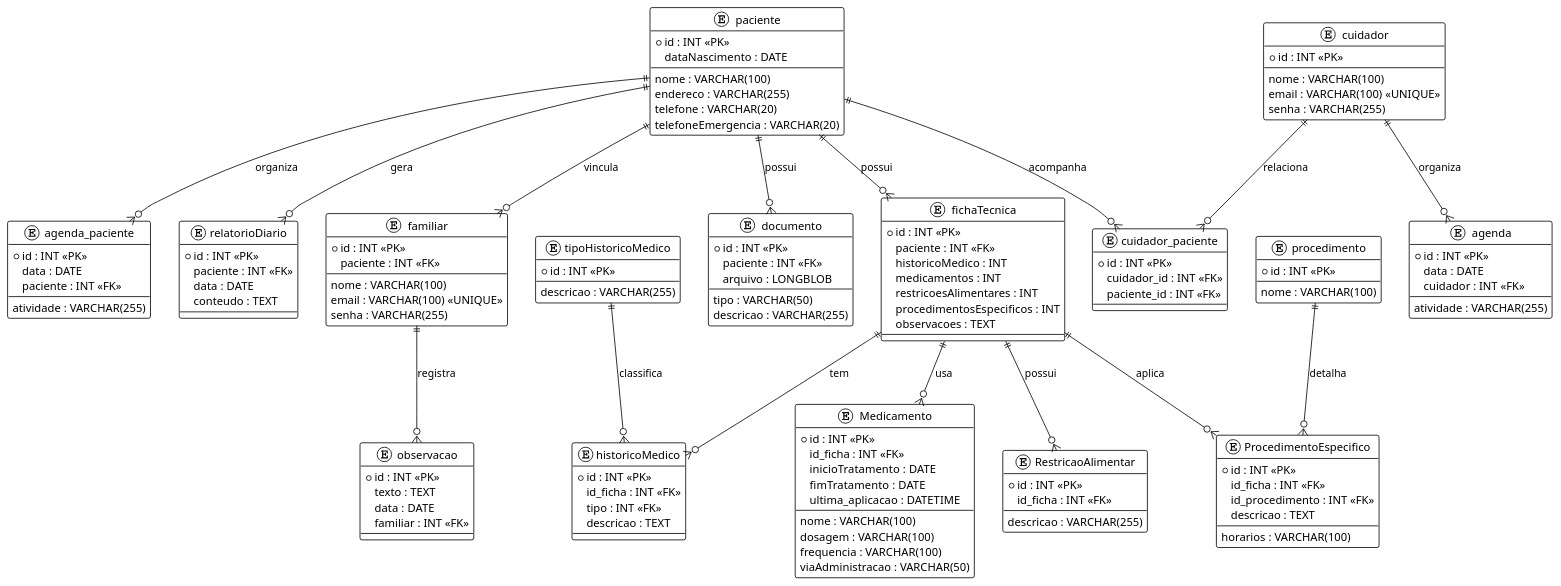
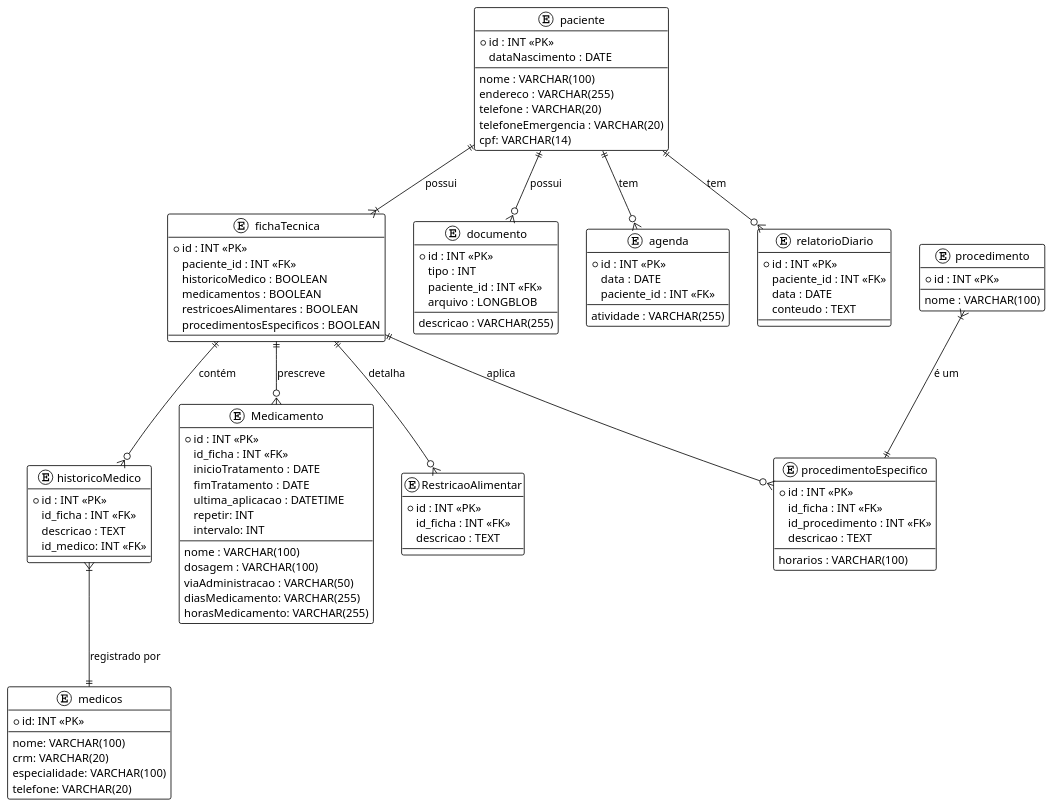
One commit to thomGM/lab-desenvolvimento-software-Thomaz changed the diagram in ModeloBandoDados/diagramaDoBanco.puml. Above: the diagram before and after it, drawn with PlantUML. The commit also changed 8 other files, not shown here.

```diff
--- a/ModeloBandoDados/diagramaDoBanco.puml
+++ b/ModeloBandoDados/diagramaDoBanco.puml
@@ -1,142 +1,120 @@
 @startuml
 !theme plain
 
+' ================================
+' ENTIDADES PRINCIPAIS
+' ================================
 entity paciente {
   *id : INT <<PK>>
   nome : VARCHAR(100)
   dataNascimento : DATE
   endereco : VARCHAR(255)
   telefone : VARCHAR(20)
   telefoneEmergencia : VARCHAR(20)
+  cpf: VARCHAR(14)
 }
 
 entity fichaTecnica {
   *id : INT <<PK>>
-  paciente : INT <<FK>>
-  historicoMedico : INT
-  medicamentos : INT
-  restricoesAlimentares : INT
-  procedimentosEspecificos : INT
-  observacoes : TEXT
+  paciente_id : INT <<FK>>
+  historicoMedico : BOOLEAN
+  medicamentos : BOOLEAN
+  restricoesAlimentares : BOOLEAN
+  procedimentosEspecificos : BOOLEAN
 }
 
-entity tipoHistoricoMedico {
-  *id : INT <<PK>>
-  descricao : VARCHAR(255)
-}
+' ================================
+' COMPONENTES DA FICHA TÉCNICA
+' ================================
+
 
 entity historicoMedico {
   *id : INT <<PK>>
   id_ficha : INT <<FK>>
-  tipo : INT <<FK>>
   descricao : TEXT
+  id_medico: INT <<FK>>
 }
 
 entity Medicamento {
   *id : INT <<PK>>
   id_ficha : INT <<FK>>
   nome : VARCHAR(100)
   dosagem : VARCHAR(100)
-  frequencia : VARCHAR(100)
   viaAdministracao : VARCHAR(50)
   inicioTratamento : DATE
   fimTratamento : DATE
   ultima_aplicacao : DATETIME
+  repetir: INT
+  intervalo: INT
+  diasMedicamento: VARCHAR(255)
+  horasMedicamento: VARCHAR(255)
 }
 
 entity RestricaoAlimentar {
   *id : INT <<PK>>
   id_ficha : INT <<FK>>
-  descricao : VARCHAR(255)
+  descricao : TEXT
 }
 
 entity procedimento {
   *id : INT <<PK>>
   nome : VARCHAR(100)
 }
 
-entity ProcedimentoEspecifico {
+entity procedimentoEspecifico {
   *id : INT <<PK>>
   id_ficha : INT <<FK>>
   id_procedimento : INT <<FK>>
   horarios : VARCHAR(100)
   descricao : TEXT
 }
 
+entity medicos {
+  *id: INT <<PK>>
+  nome: VARCHAR(100)
+  crm: VARCHAR(20)
+  especialidade: VARCHAR(100)
+  telefone: VARCHAR(20)
+}
+
+' ================================
+' ENTIDADES DE REGISTROS
+' ================================
 entity documento {
   *id : INT <<PK>>
-  tipo : VARCHAR(50)
-  paciente : INT <<FK>>
+  tipo : INT
+  paciente_id : INT <<FK>>
   descricao : VARCHAR(255)
   arquivo : LONGBLOB
-}
-
-entity agenda_paciente {
-  *id : INT <<PK>>
-  data : DATE
-  atividade : VARCHAR(255)
-  paciente : INT <<FK>>
-}
-
-entity relatorioDiario {
-  *id : INT <<PK>>
-  paciente : INT <<FK>>
-  data : DATE
-  conteudo : TEXT
-}
-
-entity cuidador {
-  *id : INT <<PK>>
-  nome : VARCHAR(100)
-  email : VARCHAR(100) <<UNIQUE>>
-  senha : VARCHAR(255)
 }
 
 entity agenda {
   *id : INT <<PK>>
   data : DATE
   atividade : VARCHAR(255)
-  cuidador : INT <<FK>>
+  paciente_id : INT <<FK>>
 }
 
-entity familiar {
+entity relatorioDiario {
   *id : INT <<PK>>
-  nome : VARCHAR(100)
-  email : VARCHAR(100) <<UNIQUE>>
-  senha : VARCHAR(255)
-  paciente : INT <<FK>>
-}
-
-entity observacao {
-  *id : INT <<PK>>
-  texto : TEXT
+  paciente_id : INT <<FK>>
   data : DATE
-  familiar : INT <<FK>>
-}
-
-entity cuidador_paciente {
-  *id : INT <<PK>>
-  cuidador_id : INT <<FK>>
-  paciente_id : INT <<FK>>
+  conteudo : TEXT
 }
 
 ' ================================
 ' RELACIONAMENTOS
 ' ================================
 
-paciente ||--o{ fichaTecnica : possui
-fichaTecnica ||--o{ historicoMedico : tem
-tipoHistoricoMedico ||--o{ historicoMedico : classifica
-fichaTecnica ||--o{ Medicamento : usa
-fichaTecnica ||--o{ RestricaoAlimentar : possui
-fichaTecnica ||--o{ ProcedimentoEspecifico : aplica
-procedimento ||--o{ ProcedimentoEspecifico : detalha
-paciente ||--o{ documento : possui
-paciente ||--o{ agenda_paciente : organiza
-paciente ||--o{ relatorioDiario : gera
-paciente ||--o{ familiar : vincula
-familiar ||--o{ observacao : registra
-cuidador ||--o{ agenda : organiza
-cuidador ||--o{ cuidador_paciente : relaciona
-paciente ||--o{ cuidador_paciente : acompanha
+paciente ||--|{ fichaTecnica : "possui"
+paciente ||--o{ documento : "possui"
+paciente ||--o{ agenda : "tem"
+paciente ||--o{ relatorioDiario : "tem"
+
+fichaTecnica ||--o{ historicoMedico : "contém"
+historicoMedico }|--|| medicos : "registrado por"
+fichaTecnica ||--o{ Medicamento : "prescreve"
+fichaTecnica ||--o{ RestricaoAlimentar : "detalha"
+fichaTecnica ||--o{ procedimentoEspecifico : "aplica"
+procedimento }|--|| procedimentoEspecifico : "é um"
 @enduml
```
